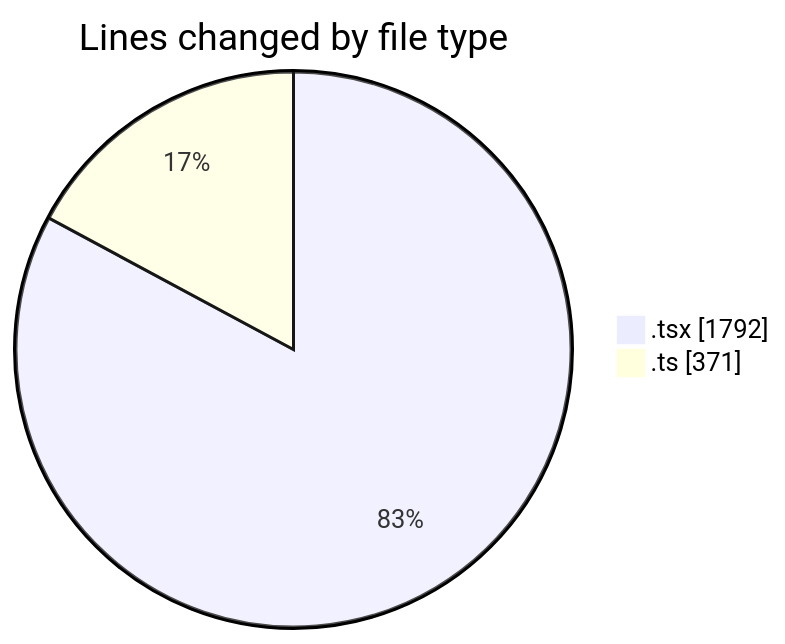
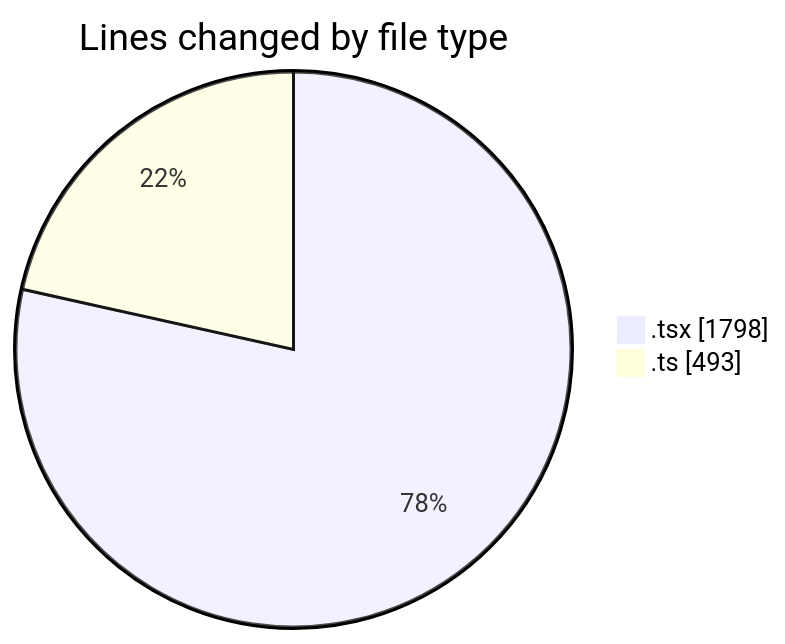
One commit to nxtqubesakshisongat/code-tracking changed the first of 2 diagrams in 2026-03-06/nxtqube_webapp/README.md. Above: the diagram before and after it, drawn with Mermaid. The commit also changed other lines of this file and 1 other file, not shown here.

````diff
--- a/2026-03-06/nxtqube_webapp/README.md
+++ b/2026-03-06/nxtqube_webapp/README.md
@@ -24,6 +24,6 @@
 ```mermaid
 pie showData
 title Lines changed by file type
-".tsx" : 1792
-".ts" : 371
+".tsx" : 1798
+".ts" : 493
 ```
````
